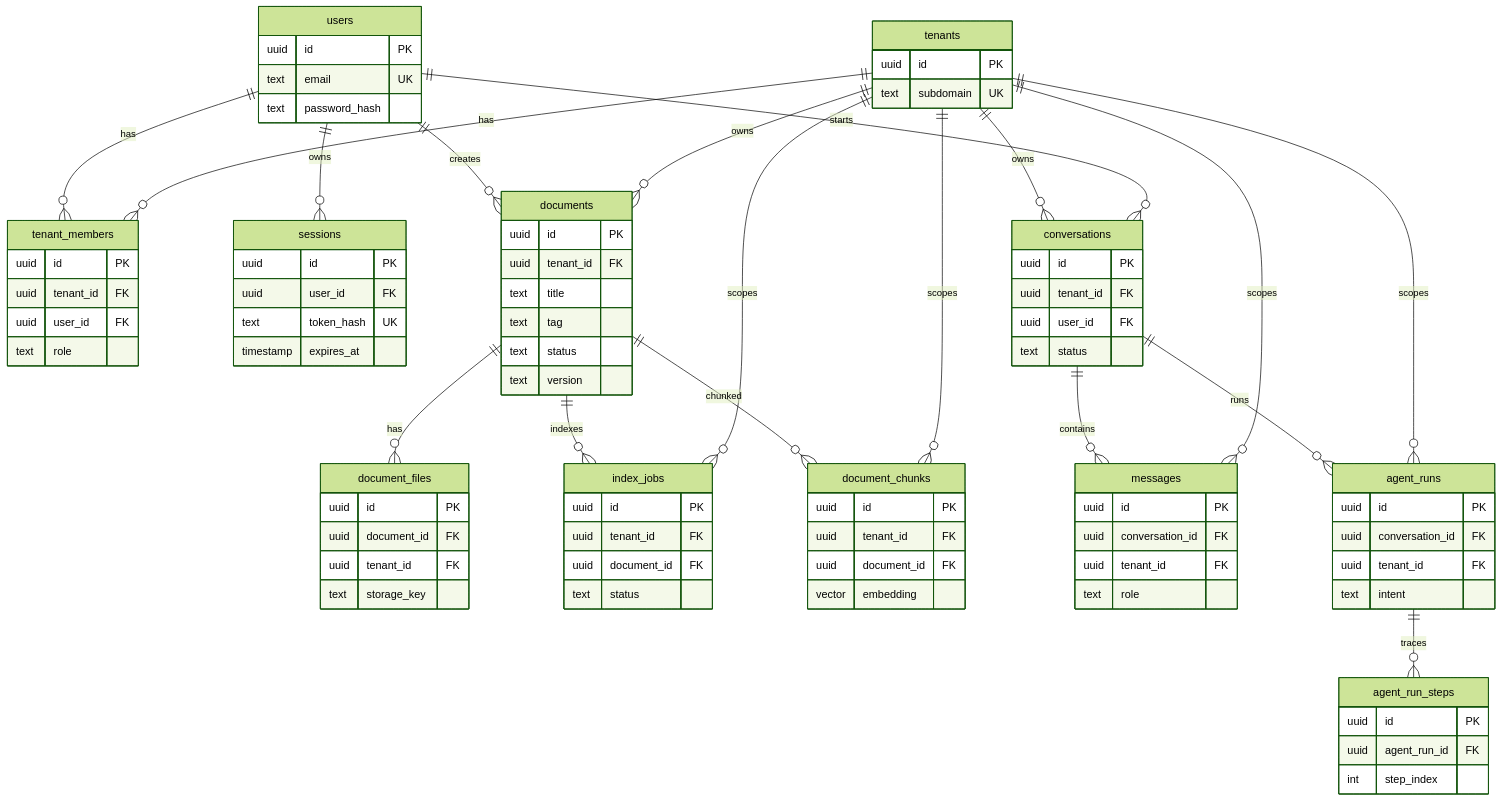
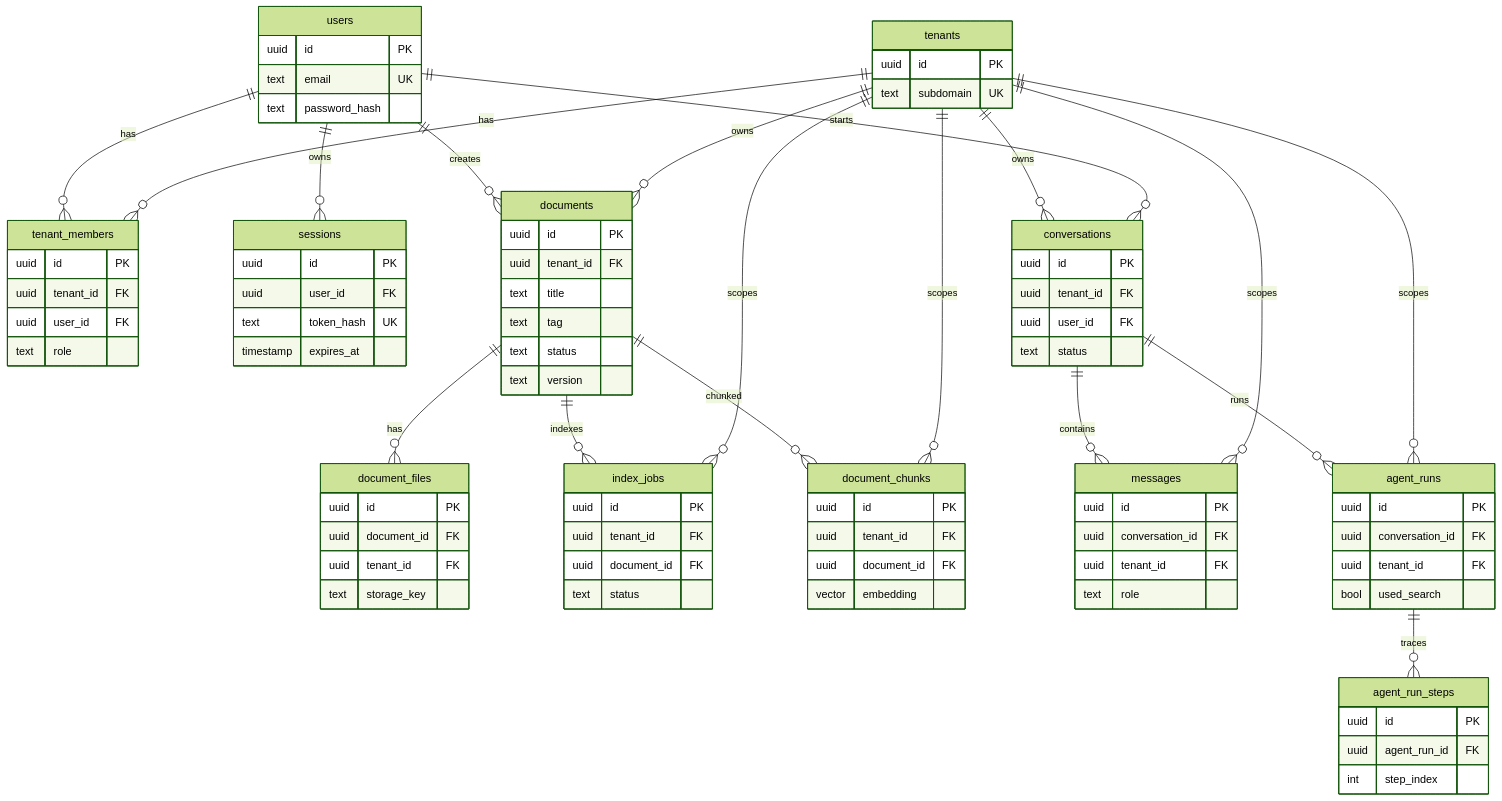
The diagram in docs/specs/phase1/02-data-model.md (zmisi/rag-as-service), drawn with Mermaid (forest theme) before and after one commit. The commit also changed other lines of this file and 6 other files, not shown here.

```diff
--- a/docs/specs/phase1/02-data-model.md
+++ b/docs/specs/phase1/02-data-model.md
@@ -132,7 +132,7 @@
     uuid id PK
     uuid conversation_id FK
     uuid tenant_id FK
-    text intent
+    bool used_search
   }
   agent_run_steps {
     uuid id PK
```
